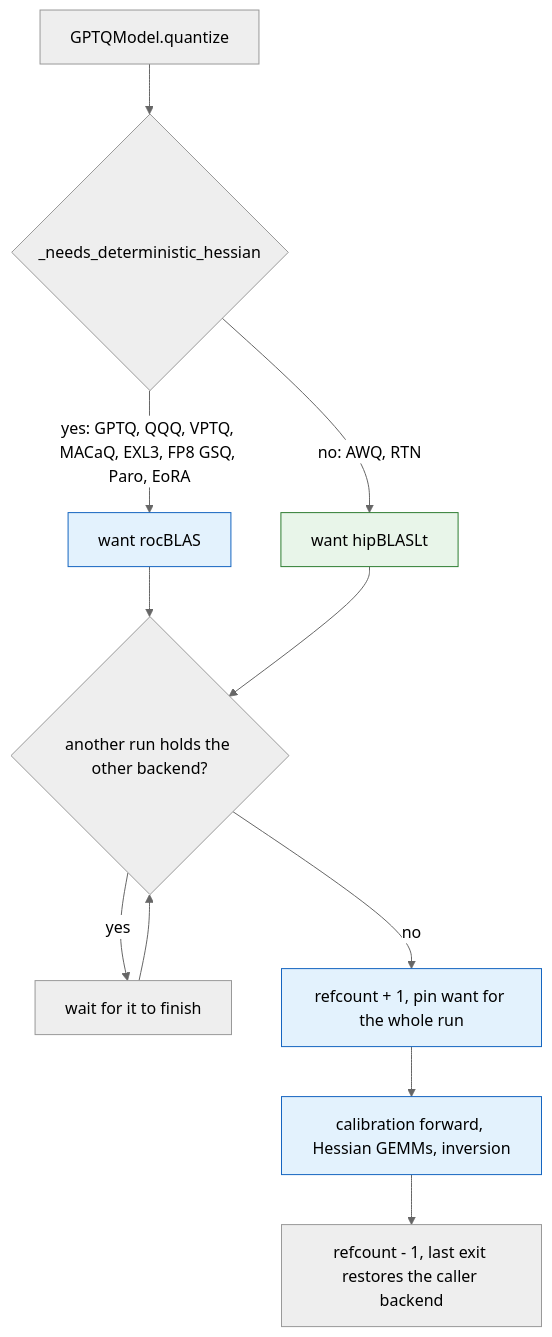
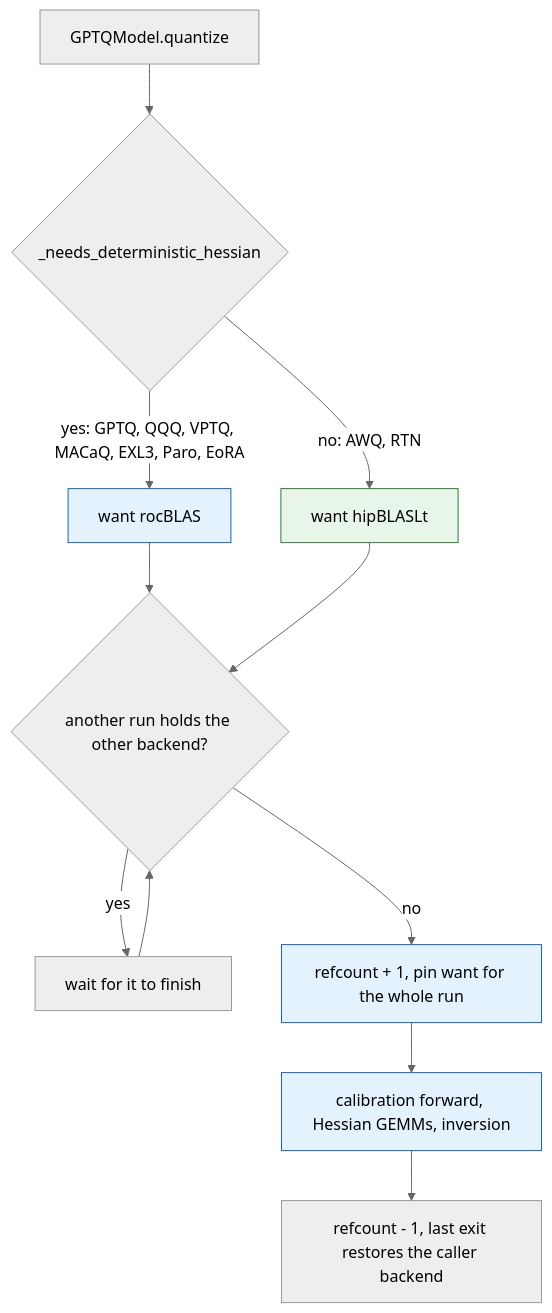
One commit to ModelCloud/GPTQModel changed the second of 2 diagrams in docs/rocm-default-environment.md. Above: the diagram before and after it, drawn with Mermaid (neutral theme). The commit also changed other lines of this file and 58 other files, not shown here.

````diff
--- a/docs/rocm-default-environment.md
+++ b/docs/rocm-default-environment.md
@@ -123,18 +122,18 @@
 ```mermaid
 flowchart TD
     A["GPTQModel.quantize"] --> B{"_needs_deterministic_hessian"}
-    B -- "yes: GPTQ, QQQ, VPTQ, MACaQ, EXL3, FP8 GSQ, Paro, EoRA" --> C["want rocBLAS"]
+    B -- "yes: GPTQ, QQQ, VPTQ, MACaQ, EXL3, Paro, EoRA" --> C["want rocBLAS"]
     B -- "no: AWQ, RTN" --> D["want hipBLASLt"]
     C --> E{"another run holds the other backend?"}
     D --> E
     E -- "yes" --> F["wait for it to finish"]
     F --> E
     E -- "no" --> G["refcount + 1, pin want for the whole run"]
     G --> H["calibration forward, Hessian GEMMs, inversion"]
     H --> I["refcount - 1, last exit restores the caller backend"]
 
     classDef pin fill:#e3f2fd,stroke:#1565c0,color:#000
     classDef fast fill:#e8f5e9,stroke:#2e7d32,color:#000
     class C,G,H pin
     class D fast
 ```
````
